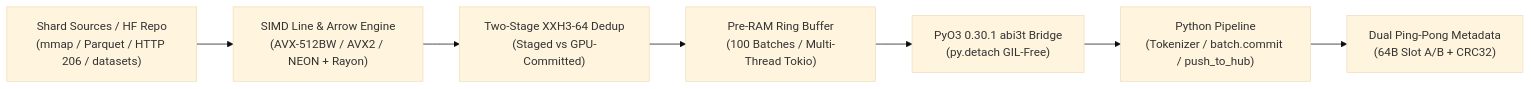
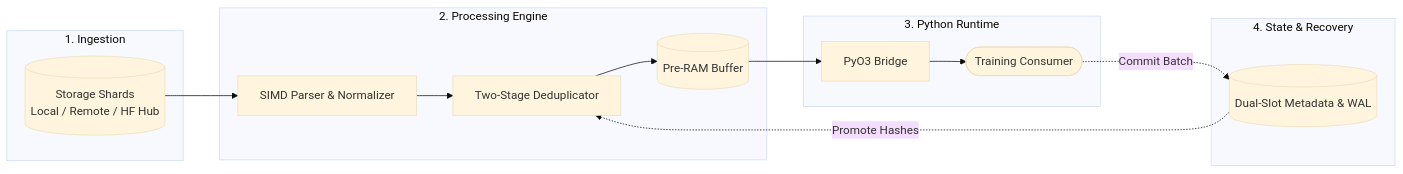
One commit to cloverx-id/luminamoon changed the diagram in dataloader/README.md. Above: the diagram before and after it, drawn with Mermaid (base theme). The commit also changed 33 other files, not shown here.

Commit message:
change diagram style

````diff
--- a/dataloader/README.md
+++ b/dataloader/README.md
@@ -25,9 +25,23 @@
 ```mermaid
 flowchart LR
-    Sources["Shard Sources / HF Repo\n(mmap / Parquet / HTTP 206 / datasets)"] --> SimdScan["SIMD Line & Arrow Engine\n(AVX-512BW / AVX2 / NEON + Rayon)"]
-    SimdScan --> Dedup["Two-Stage XXH3-64 Dedup\n(Staged vs GPU-Committed)"]
-    Dedup --> PreRam["Pre-RAM Ring Buffer\n(100 Batches / Multi-Thread Tokio)"]
-    PreRam --> PyBridge["PyO3 0.30.1 abi3t Bridge\n(py.detach GIL-Free)"]
-    PyBridge --> Hooks["Python Pipeline\n(Tokenizer / batch.commit / push_to_hub)"]
-    Hooks --> Meta["Dual Ping-Pong Metadata\n(64B Slot A/B + CRC32)"]
+    subgraph Ingestion["1. Ingestion"]
+        Sources[("Storage Shards\nLocal / Remote / HF Hub")]
+    end
+
+    subgraph Processing["2. Processing Engine"]
+        SIMD["SIMD Parser & Normalizer"] --> Dedup["Two-Stage Deduplicator"]
+        Dedup --> PreRam[("Pre-RAM Buffer")]
+    end
+
+    subgraph Runtime["3. Python Runtime"]
+        PreRam --> Bridge["PyO3 Bridge"]
+        Bridge --> Consumer(["Training Consumer"])
+    end
+
+    subgraph Storage["4. State & Recovery"]
+        Consumer -.->|"Commit Batch"| Checkpoint[("Dual-Slot Metadata & WAL")]
+        Checkpoint -.->|"Promote Hashes"| Dedup
+    end
+
+    Sources --> SIMD
 ```
````
